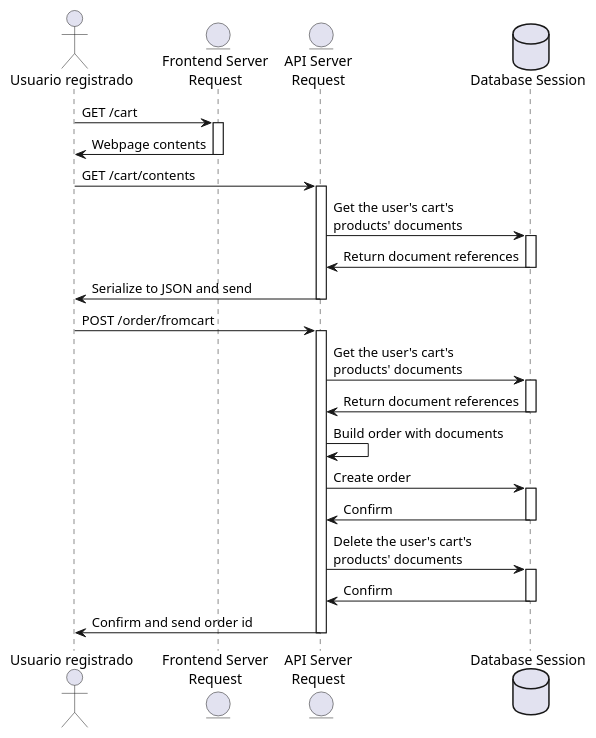
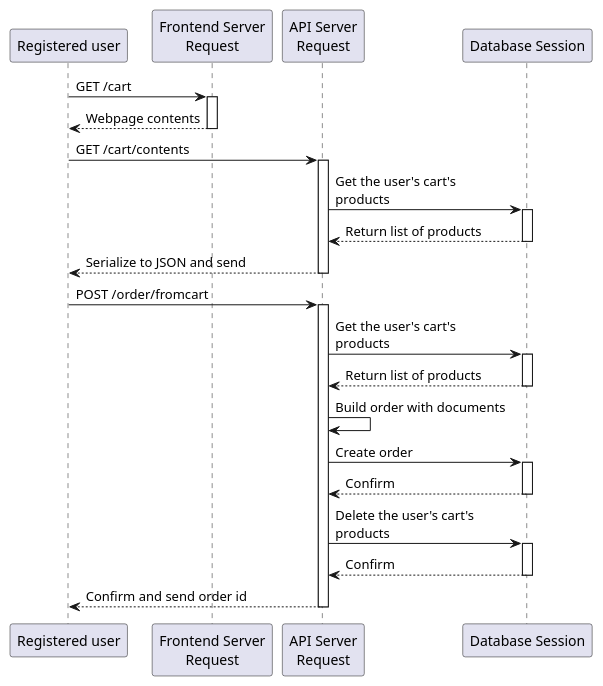
Before and after one commit to wuiquique/mycelium-local: the first of 3 diagrams in uml/requirements/L010.wsd, drawn with PlantUML. The commit also changed 13 other files, not shown here.

Commit message:
Fix sequence diagrams + convert some others

```diff
--- a/uml/requirements/L010.wsd
+++ b/uml/requirements/L010.wsd
@@ -1,38 +1,38 @@
 @startuml sequence1
 
-actor "Usuario registrado" as user
-entity "Frontend Server\nRequest" as fe
-entity "API Server\nRequest" as api
-database "Database Session" as db
+participant "Registered user" as user
+participant "Frontend Server\nRequest" as fe
+participant "API Server\nRequest" as api
+participant "Database Session" as db
 
 user -> fe : GET /cart
 activate fe
-fe -> user : Webpage contents
+user <-- fe : Webpage contents
 deactivate fe
 user -> api : GET /cart/contents
 activate api
-api -> db : Get the user's cart's\nproducts' documents
+api -> db : Get the user's cart's\nproducts
 activate db
-db -> api : Return document references
+api <-- db : Return list of products
 deactivate db
-api -> user : Serialize to JSON and send
+user <-- api : Serialize to JSON and send
 deactivate api
 user -> api : POST /order/fromcart
 activate api
-api -> db : Get the user's cart's\nproducts' documents
+api -> db : Get the user's cart's\nproducts
 activate db
-db -> api : Return document references
+api <-- db : Return list of products
 deactivate db
 api -> api : Build order with documents
 api -> db : Create order
 activate db
-db -> api : Confirm
+api <-- db : Confirm
 deactivate db
-api -> db : Delete the user's cart's\nproducts' documents
+api -> db : Delete the user's cart's\nproducts
 activate db
-db -> api : Confirm
+api <-- db : Confirm
 deactivate db
-api -> user : Confirm and send order id
+user <-- api : Confirm and send order id
 deactivate api
 
 @enduml
```
